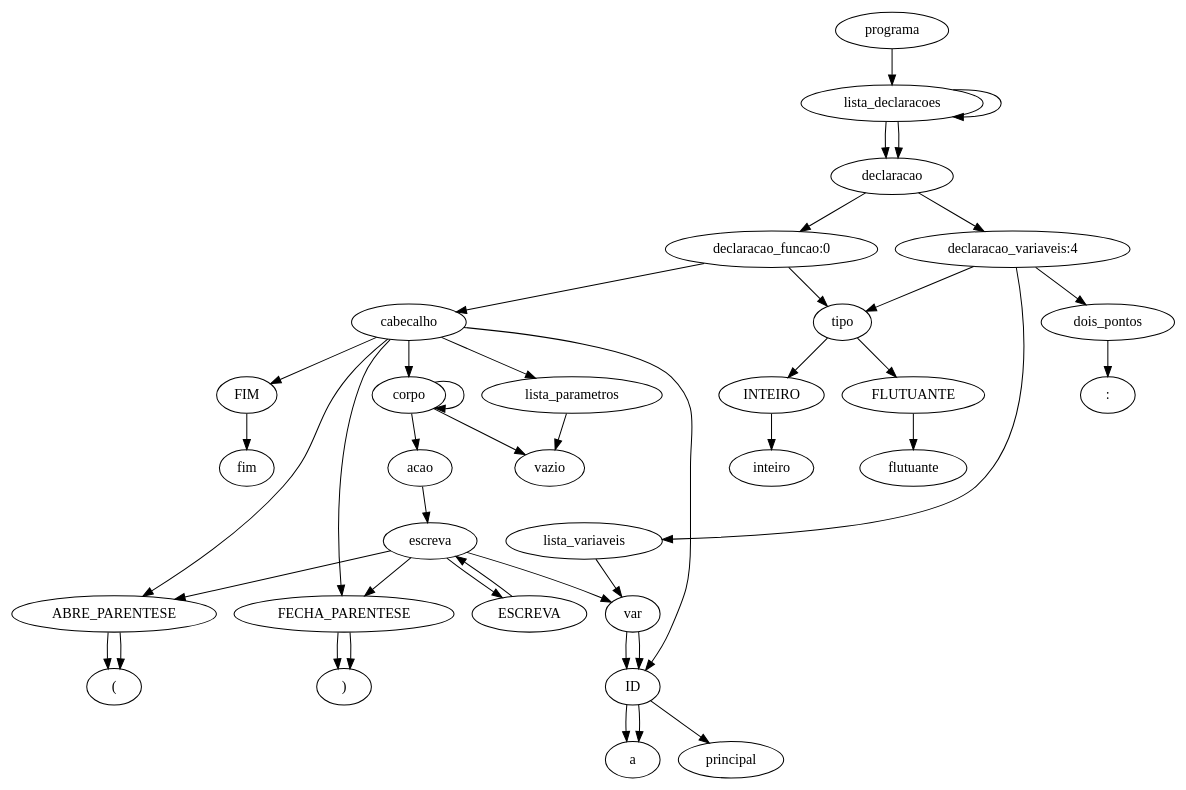
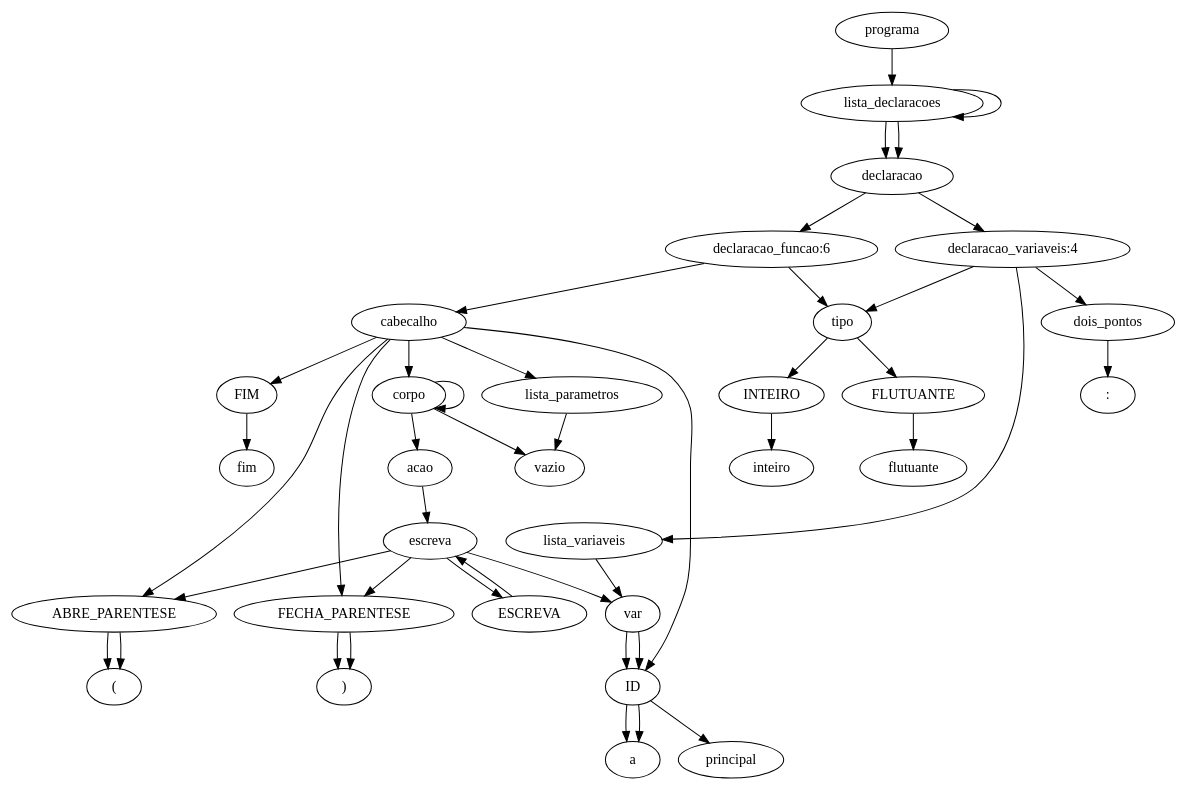
One commit to JuanFSR/Compiladores changed the diagram in 7.AnaliseSemantica/implementacao/semantica-testes/sema-010.tpp.ast.dot. Above: the diagram before and after it, drawn with Graphviz. The commit also changed 105 other files, not shown here.

```diff
--- a/7.AnaliseSemantica/implementacao/semantica-testes/sema-010.tpp.ast.dot
+++ b/7.AnaliseSemantica/implementacao/semantica-testes/sema-010.tpp.ast.dot
@@ -1,89 +1,89 @@
 digraph tree {
     "programa";
     "lista_declaracoes";
     "lista_declaracoes";
     "declaracao";
     "declaracao_variaveis:4";
     "tipo";
     "FLUTUANTE";
     "flutuante";
     "dois_pontos";
     ":";
     "lista_variaveis";
     "var";
     "ID";
     "a";
     "declaracao";
-    "declaracao_funcao:0";
+    "declaracao_funcao:6";
     "tipo";
     "INTEIRO";
     "inteiro";
     "cabecalho";
     "ID";
     "principal";
     "ABRE_PARENTESE";
     "(";
     "lista_parametros";
     "vazio";
     "FECHA_PARENTESE";
     ")";
     "corpo";
     "corpo";
     "vazio";
     "acao";
     "escreva";
     "ESCREVA";
     "escreva";
     "ABRE_PARENTESE";
     "(";
     "var";
     "ID";
     "a";
     "FECHA_PARENTESE";
     ")";
     "FIM";
     "fim";
     "programa" -> "lista_declaracoes";
     "lista_declaracoes" -> "lista_declaracoes";
     "lista_declaracoes" -> "declaracao";
     "lista_declaracoes" -> "declaracao";
     "declaracao" -> "declaracao_variaveis:4";
     "declaracao_variaveis:4" -> "tipo";
     "declaracao_variaveis:4" -> "dois_pontos";
     "declaracao_variaveis:4" -> "lista_variaveis";
     "tipo" -> "FLUTUANTE";
     "FLUTUANTE" -> "flutuante";
     "dois_pontos" -> ":";
     "lista_variaveis" -> "var";
     "var" -> "ID";
     "ID" -> "a";
-    "declaracao" -> "declaracao_funcao:0";
-    "declaracao_funcao:0" -> "tipo";
-    "declaracao_funcao:0" -> "cabecalho";
+    "declaracao" -> "declaracao_funcao:6";
+    "declaracao_funcao:6" -> "tipo";
+    "declaracao_funcao:6" -> "cabecalho";
     "tipo" -> "INTEIRO";
     "INTEIRO" -> "inteiro";
     "cabecalho" -> "ID";
     "cabecalho" -> "ABRE_PARENTESE";
     "cabecalho" -> "lista_parametros";
     "cabecalho" -> "FECHA_PARENTESE";
     "cabecalho" -> "corpo";
     "cabecalho" -> "FIM";
     "ID" -> "principal";
     "ABRE_PARENTESE" -> "(";
     "lista_parametros" -> "vazio";
     "FECHA_PARENTESE" -> ")";
     "corpo" -> "corpo";
     "corpo" -> "acao";
     "corpo" -> "vazio";
     "acao" -> "escreva";
     "escreva" -> "ESCREVA";
     "escreva" -> "ABRE_PARENTESE";
     "escreva" -> "var";
     "escreva" -> "FECHA_PARENTESE";
     "ESCREVA" -> "escreva";
     "ABRE_PARENTESE" -> "(";
     "var" -> "ID";
     "ID" -> "a";
     "FECHA_PARENTESE" -> ")";
     "FIM" -> "fim";
 }
```
